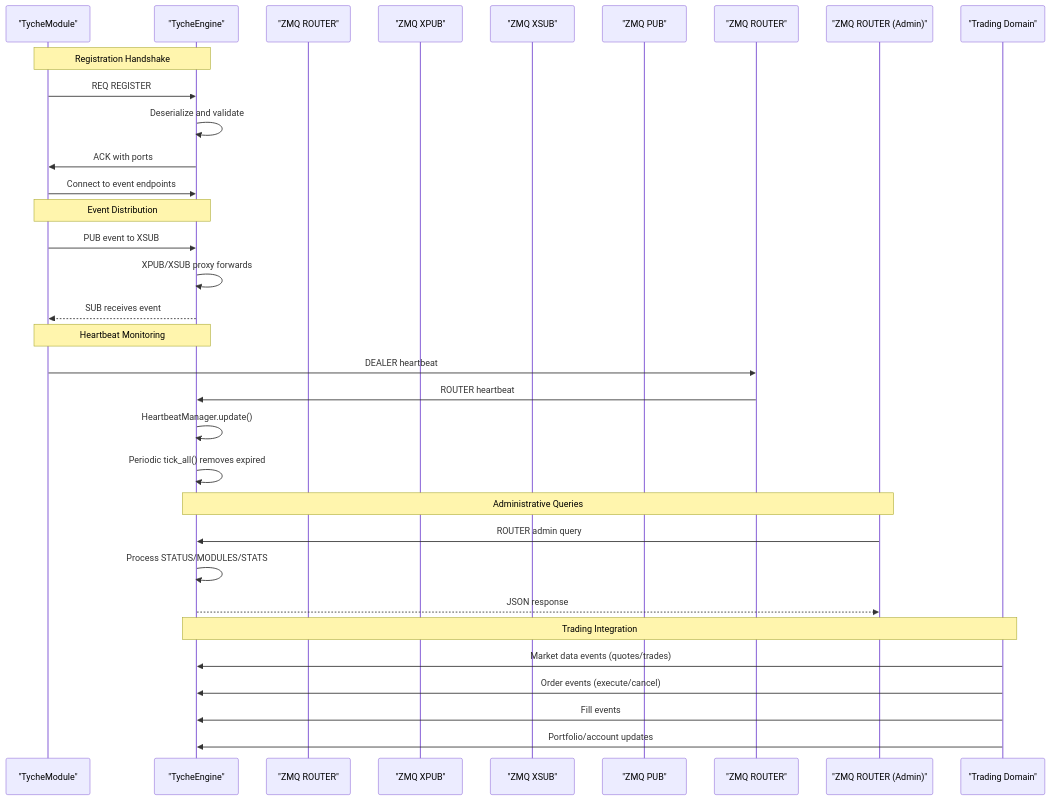
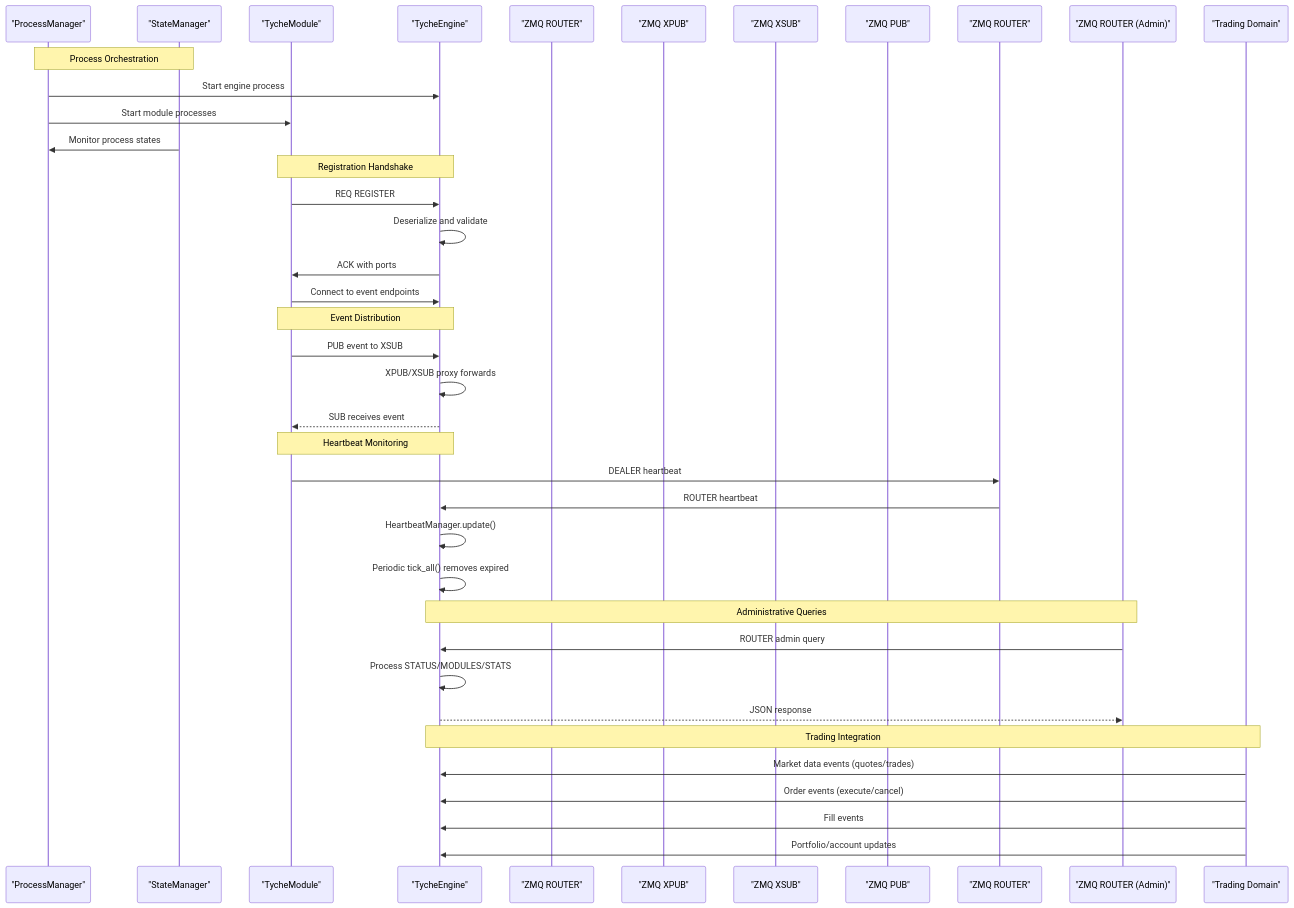
Before and after one commit to zt281/TycheEngine: the second of 10 diagrams in .qoder/repowiki/en/content/Core Components/Core Components.md, drawn with Mermaid. The commit also changed other lines of this file and 33 other files, not shown here.

````diff
--- a/.qoder/repowiki/en/content/Core Components/Core Components.md
+++ b/.qoder/repowiki/en/content/Core Components/Core Components.md
@@ -186,35 +234,41 @@
 ```mermaid
 sequenceDiagram
+participant ProcMgr as "ProcessManager"
+participant StateMgr as "StateManager"
 participant Mod as "TycheModule"
 participant Eng as "TycheEngine"
 participant ZREG as "ZMQ ROUTER"
 participant ZXPUB as "ZMQ XPUB"
 participant ZXSUB as "ZMQ XSUB"
 participant HBOUT as "ZMQ PUB"
 participant HBIN as "ZMQ ROUTER"
 participant Admin as "ZMQ ROUTER (Admin)"
 participant Trading as "Trading Domain"
+Note over ProcMgr,StateMgr : Process Orchestration
+ProcMgr->>Eng : Start engine process
+ProcMgr->>Mod : Start module processes
+StateMgr->>ProcMgr : Monitor process states
 Note over Mod,Eng : Registration Handshake
 Mod->>Eng : REQ REGISTER
 Eng->>Eng : Deserialize and validate
 Eng->>Mod : ACK with ports
 Mod->>Eng : Connect to event endpoints
 Note over Mod,Eng : Event Distribution
 Mod->>Eng : PUB event to XSUB
 Eng->>Eng : XPUB/XSUB proxy forwards
 Eng-->>Mod : SUB receives event
 Note over Mod,Eng : Heartbeat Monitoring
 Mod->>HBIN : DEALER heartbeat
 HBIN->>Eng : ROUTER heartbeat
 Eng->>Eng : HeartbeatManager.update()
 Eng->>Eng : Periodic tick_all() removes expired
 Note over Eng,Admin : Administrative Queries
 Admin->>Eng : ROUTER admin query
 Eng->>Eng : Process STATUS/MODULES/STATS
 Eng-->>Admin : JSON response
 Note over Trading,Eng : Trading Integration
 Trading->>Eng : Market data events (quotes/trades)
 Trading->>Eng : Order events (execute/cancel)
 Trading->>Eng : Fill events
 Trading->>Eng : Portfolio/account updates
 ```
````
